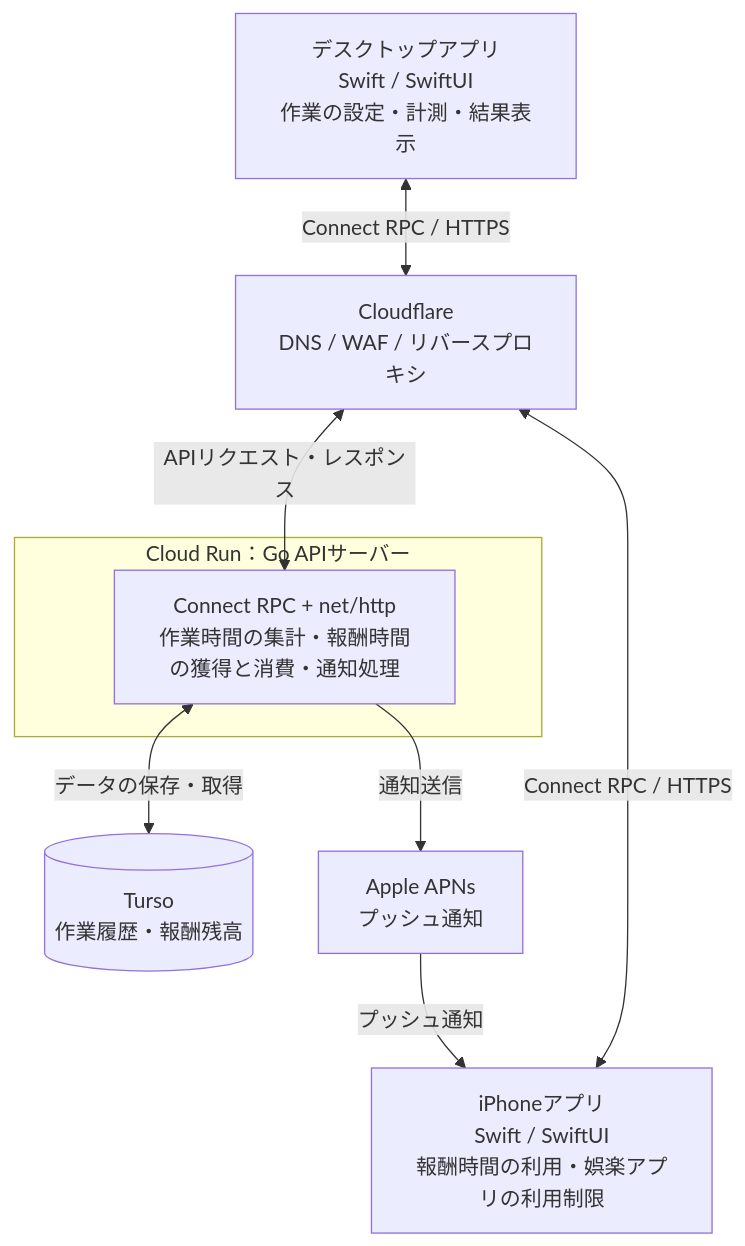
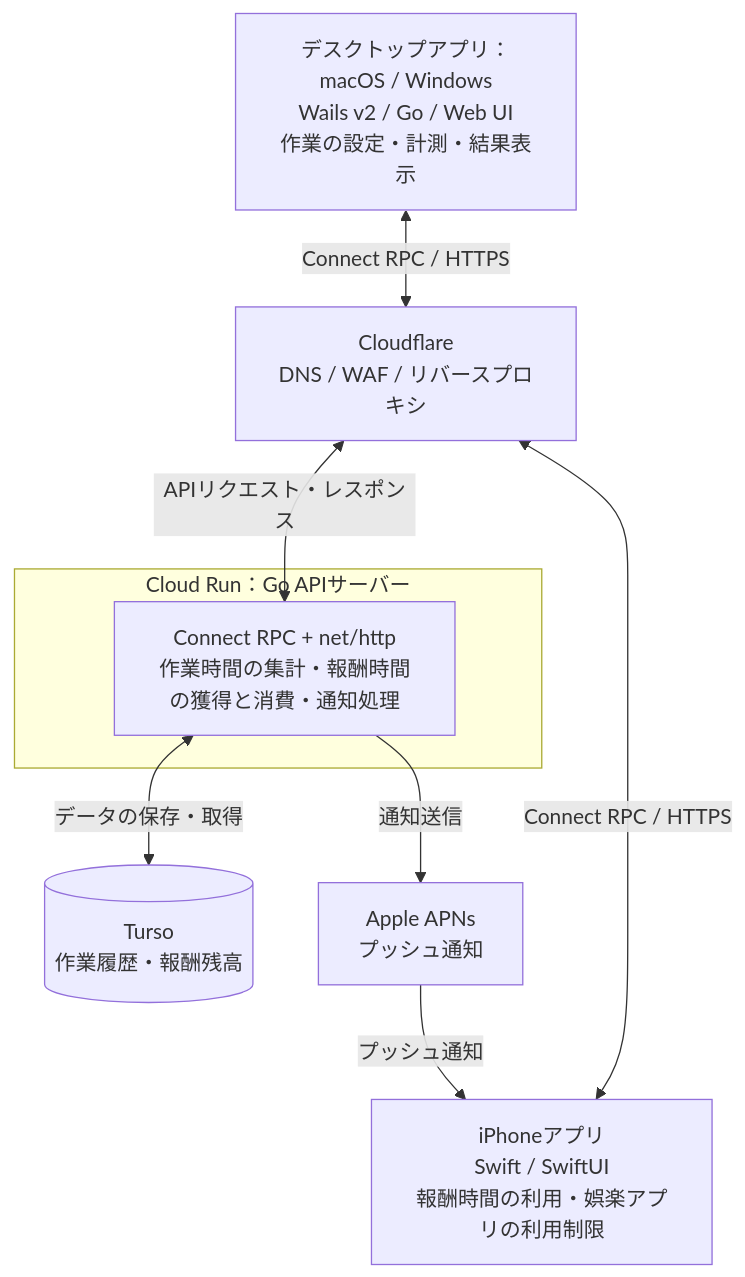
Before and after one commit to jphacks/tkb_2622: the diagram in docs/spec/5.プロダクト全体像.md, drawn with Mermaid. The commit also changed other lines of this file and 5 other files, not shown here.

````diff
--- a/docs/spec/5.プロダクト全体像.md
+++ b/docs/spec/5.プロダクト全体像.md
@@ -13,20 +13,20 @@
 ```mermaid
 flowchart TB
-    desktop["デスクトップアプリ<br/>Swift / SwiftUI<br/>作業の設定・計測・結果表示"]
+    desktop["デスクトップアプリ：macOS / Windows<br/>Wails v2 / Go / Web UI<br/>作業の設定・計測・結果表示"]
     iphone["iPhoneアプリ<br/>Swift / SwiftUI<br/>報酬時間の利用・娯楽アプリの利用制限"]
     cloudflare["Cloudflare<br/>DNS / WAF / リバースプロキシ"]
 
     subgraph backend["Cloud Run：Go APIサーバー"]
         api["Connect RPC + net/http<br/>作業時間の集計・報酬時間の獲得と消費・通知処理"]
     end
 
     db[("Turso<br/>作業履歴・報酬残高")]
     apns["Apple APNs<br/>プッシュ通知"]
 
     desktop <-->|"Connect RPC / HTTPS"| cloudflare
     iphone <-->|"Connect RPC / HTTPS"| cloudflare
     cloudflare <-->|"APIリクエスト・レスポンス"| api
     api <-->|"データの保存・取得"| db
     api -->|"通知送信"| apns
     apns -->|"プッシュ通知"| iphone
 ```
````
